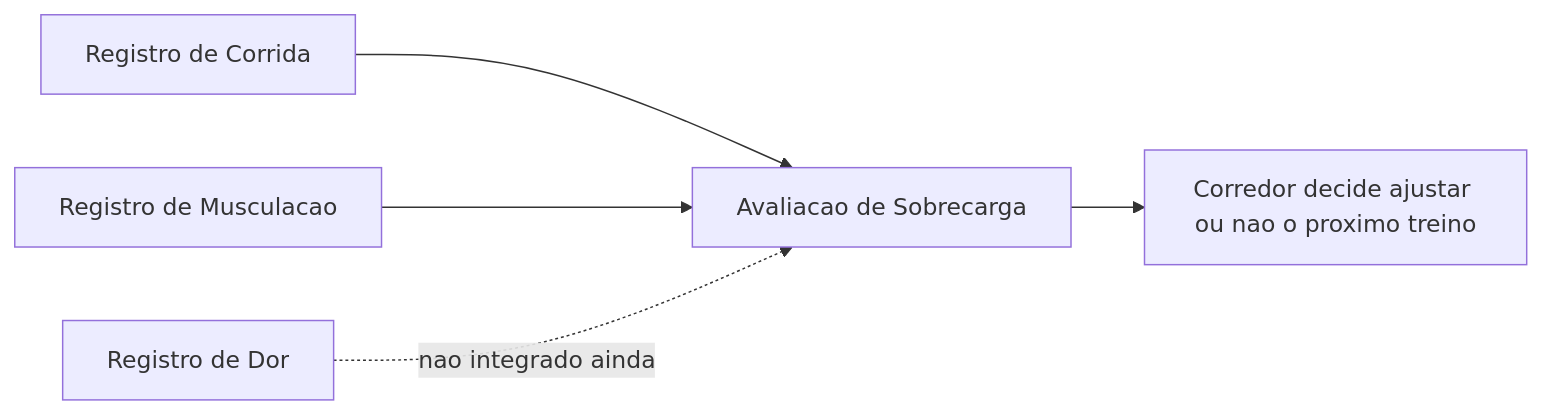
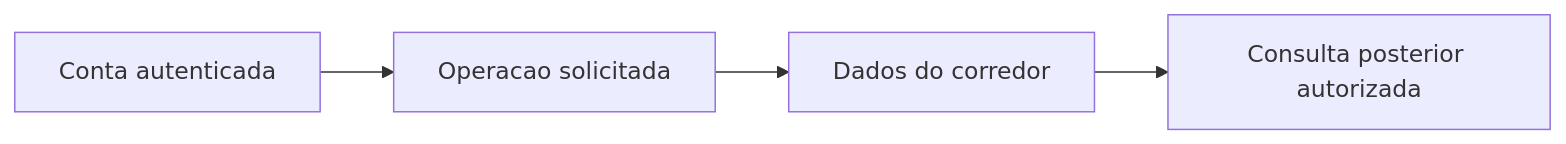
The third of 3 diagrams in DocumentAIReadme/Steady.Api/BusinessRulesDocs/Avaliacao-de-Sobrecarga-Sobrecarga-Rules.md (JoaoFPedro/steady-ia), drawn with Mermaid before and after one commit. The commit also changed other lines of this file and 318 other files, not shown here.

````diff
--- a/DocumentAIReadme/Steady.Api/BusinessRulesDocs/Avaliacao-de-Sobrecarga-Sobrecarga-Rules.md
+++ b/DocumentAIReadme/Steady.Api/BusinessRulesDocs/Avaliacao-de-Sobrecarga-Sobrecarga-Rules.md
@@ -103,7 +110,6 @@
 ```mermaid
 graph LR
-    A[Registro de Corrida] --> D[Avaliacao de Sobrecarga]
-    B[Registro de Musculacao] --> D
-    D --> E[Corredor decide ajustar ou nao o proximo treino]
-    C[Registro de Dor] -.nao integrado ainda.-> D
+    Conta[Conta autenticada] --> Funcionalidade[Operacao solicitada]
+    Funcionalidade --> Persistencia[Dados do corredor]
+    Persistencia --> Consulta[Consulta posterior autorizada]
 ```
````
